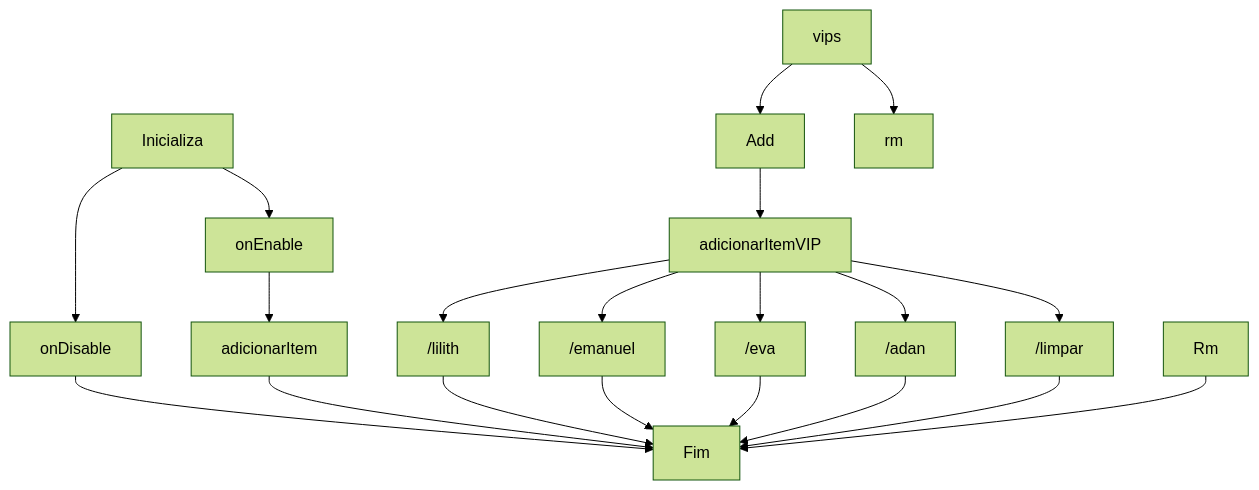
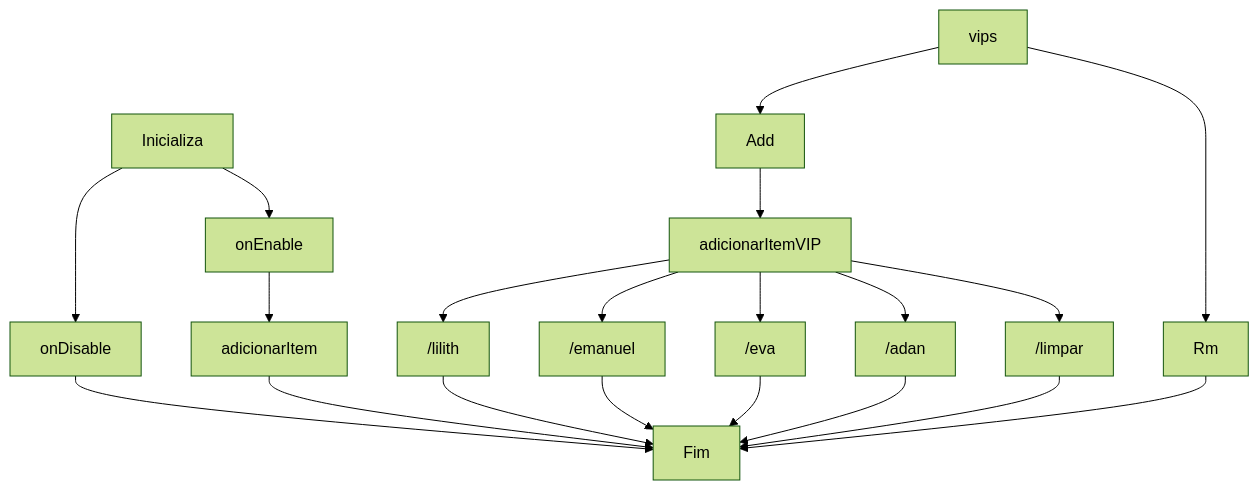
The diagram in README.md (astral123457/bk), drawn with Mermaid (forest theme) before and after one commit.

````diff
--- a/README.md
+++ b/README.md
@@ -64,22 +64,22 @@
 ```mermaid
 graph TD;
     Inicializa-->onEnable;
     Inicializa-->onDisable;
     onEnable-->adicionarItem;
     onDisable-->Fim;
     adicionarItem-->Fim;
     vips-->Add;
-    vips-->rm;
+    vips-->Rm;
     Add-->adicionarItemVIP;
     adicionarItemVIP-->/lilith;
     /lilith-->Fim;
     adicionarItemVIP-->/emanuel;
     /emanuel-->Fim;
     adicionarItemVIP-->/eva;
     /eva-->Fim;
     adicionarItemVIP-->/adan;
     /adan-->Fim;
     adicionarItemVIP-->/limpar;
     /limpar-->Fim;
     Rm-->Fim;
 ```
````
